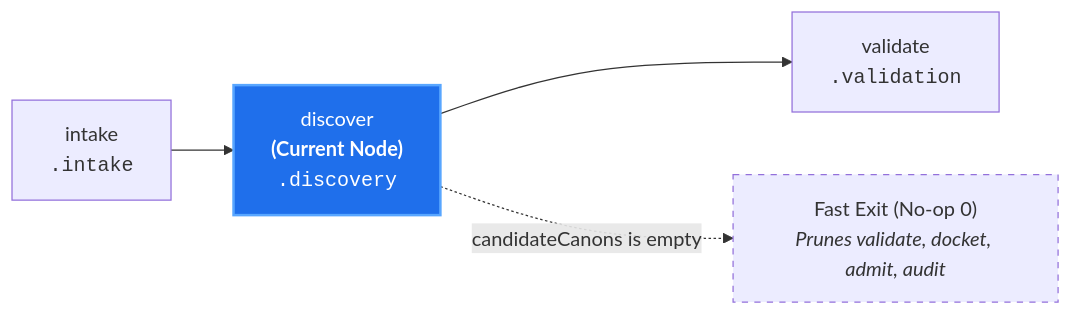
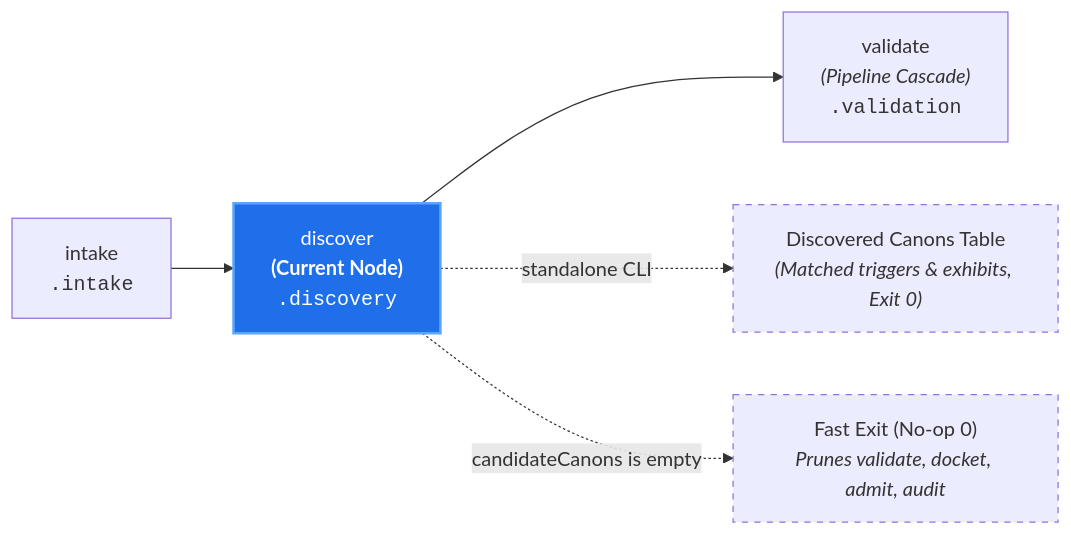
The diagram in docs/architecture/nodes/discover.md (PAIR-code/canon-clerk), drawn with Mermaid before and after one commit. The commit also changed 8 other files, not shown here.

Commit message:
docs(architecture): standardize localized node diagrams with standalone and exit paths

````diff
--- a/docs/architecture/nodes/discover.md
+++ b/docs/architecture/nodes/discover.md
@@ -28,9 +28,12 @@
 ```mermaid
 flowchart LR
     Intake["intake<br/><code>.intake</code>"] --> Discover["discover<br/><b>(Current Node)</b><br/><code>.discovery</code>"]
-    Discover --> Validate["validate<br/><code>.validation</code>"]
+
+    Discover --> Validate["validate<br/><i>(Pipeline Cascade)</i><br/><code>.validation</code>"]
+    Discover -. "standalone CLI" .-> DiscoveryReport["Discovered Canons Table<br/><i>(Matched triggers & exhibits, Exit 0)</i>"]
     Discover -. "candidateCanons is empty" .-> FastExit["Fast Exit (No-op 0)<br/><i>Prunes validate, docket, admit, audit</i>"]
 
     style Discover fill:#1f6feb,stroke:#58a6ff,stroke-width:2px,color:#fff
+    style DiscoveryReport stroke-dasharray: 5 5
     style FastExit stroke-dasharray: 5 5
 ```
````
